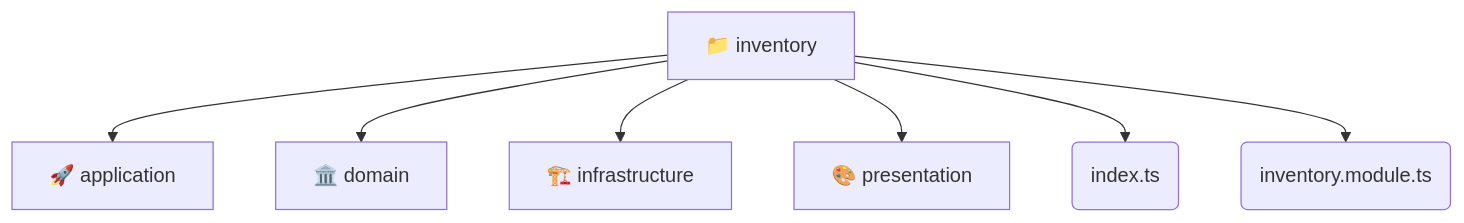
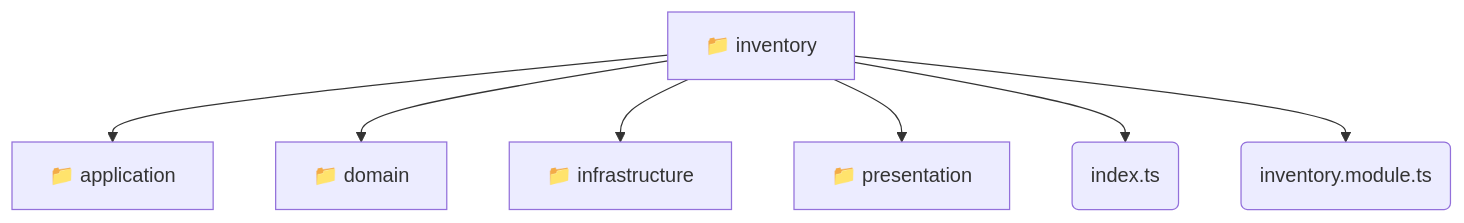
One commit to beginwebdev2002/fullstack-mavluda changed the diagram in backend/src/modules/inventory/README.md. Above: the diagram before and after it, drawn with Mermaid. The commit also changed other lines of this file and 155 other files, not shown here.

````diff
--- a/backend/src/modules/inventory/README.md
+++ b/backend/src/modules/inventory/README.md
@@ -9,10 +9,10 @@
 ```mermaid
 graph TD
   inventory[📁 inventory]
-  inventory --> application[🚀 application]
-  inventory --> domain[🏛️ domain]
-  inventory --> infrastructure[🏗️ infrastructure]
-  inventory --> presentation[🎨 presentation]
-  inventory --> index_ts(index.ts)
-  inventory --> inventory_module_ts(inventory.module.ts)
+  inventory --> inventory_application[📁 application]
+  inventory --> inventory_domain[📁 domain]
+  inventory --> inventory_infrastructure[📁 infrastructure]
+  inventory --> inventory_presentation[📁 presentation]
+  inventory --> inventory_index_ts(index.ts)
+  inventory --> inventory_inventory_module_ts(inventory.module.ts)
 ```
````
